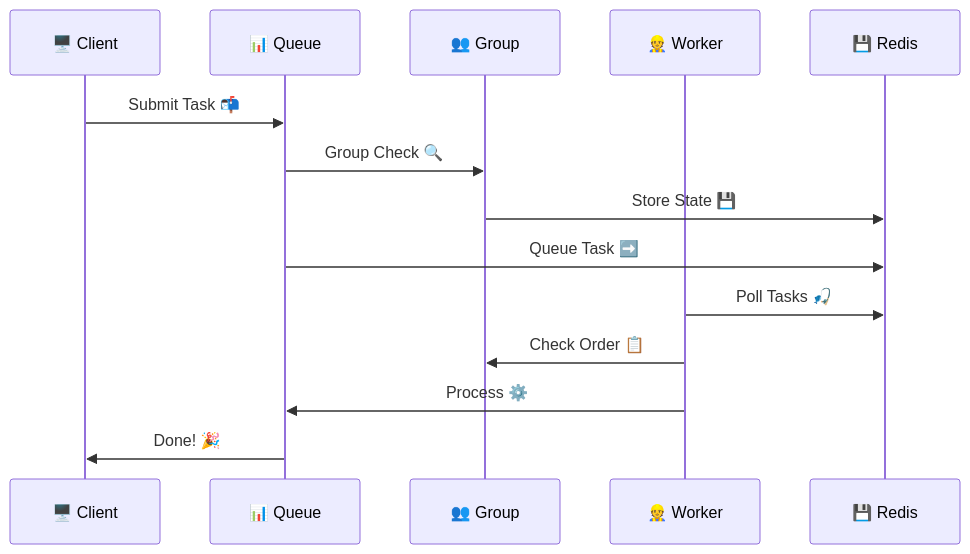
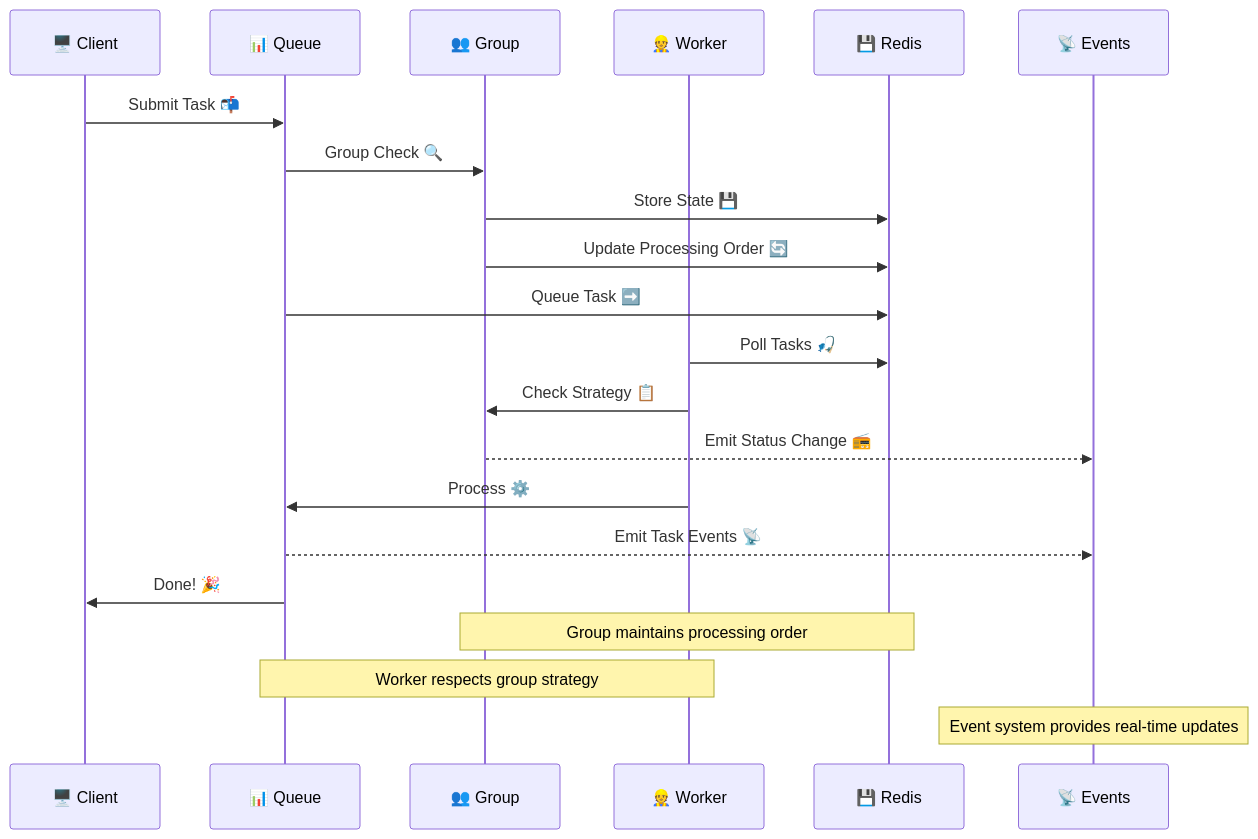
The second of 5 diagrams in README.md (theboringhumane/cleo), drawn with Mermaid before and after one commit. The commit also changed other lines of this file and 8 other files, not shown here.

````diff
--- a/README.md
+++ b/README.md
@@ -85,17 +88,25 @@
 ```mermaid
 sequenceDiagram
     participant C as 🖥️ Client
     participant QM as 📊 Queue
     participant G as 👥 Group
     participant W as 👷 Worker
     participant R as 💾 Redis
+    participant E as 📡 Events
 
     C->>QM: Submit Task 📬
     QM->>G: Group Check 🔍
     G->>R: Store State 💾
+    G->>R: Update Processing Order 🔄
     QM->>R: Queue Task ➡️
     W->>R: Poll Tasks 🎣
-    W->>G: Check Order 📋
+    W->>G: Check Strategy 📋
+    G-->>E: Emit Status Change 📻
     W->>QM: Process ⚙️
+    QM-->>E: Emit Task Events 📡
     QM->>C: Done! 🎉
+
+    Note over G,R: Group maintains processing order
+    Note over W,QM: Worker respects group strategy
+    Note over E: Event system provides real-time updates
 ```
````
